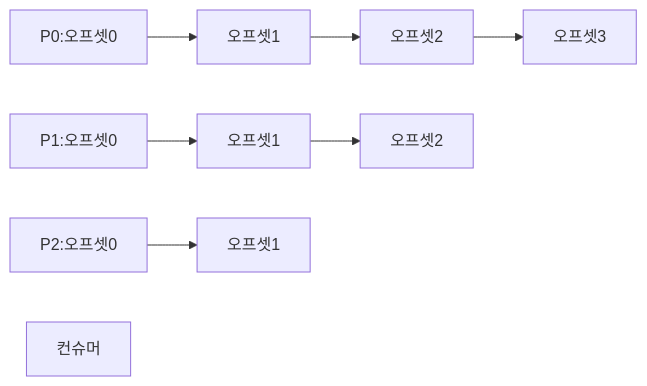
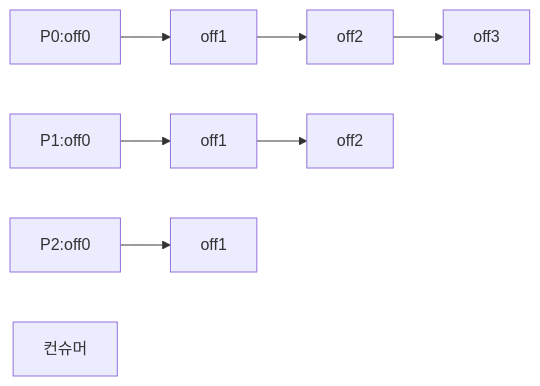
One commit to yjkim2015/yjkim2015.github.io changed the second of 12 diagrams in _posts/kafka/2026-05-02-kafka-deep.md. Above: the diagram before and after it, drawn with Mermaid. The commit also changed 48 other files, not shown here.

First line of the commit message:
Mermaid 최종 47건 수정: participant/노드/줄수/라벨 전부 기준 이하

````diff
--- a/_posts/kafka/2026-05-02-kafka-deep.md
+++ b/_posts/kafka/2026-05-02-kafka-deep.md
@@ -48,7 +48,7 @@
 ```mermaid
 graph LR
-    M0["P0:오프셋0"] --> M1["오프셋1"] --> M2["오프셋2"] --> M3["오프셋3"]
-    N0["P1:오프셋0"] --> N1["오프셋1"] --> N2["오프셋2"]
-    O0["P2:오프셋0"] --> O1["오프셋1"]
+    M0["P0:off0"] --> M1["off1"] --> M2["off2"] --> M3["off3"]
+    N0["P1:off0"] --> N1["off1"] --> N2["off2"]
+    O0["P2:off0"] --> O1["off1"]
     Consumer["컨슈머"]
 ```
````
